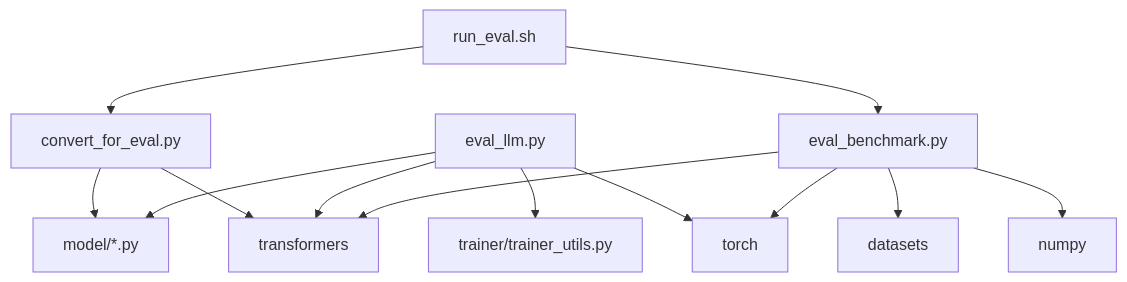
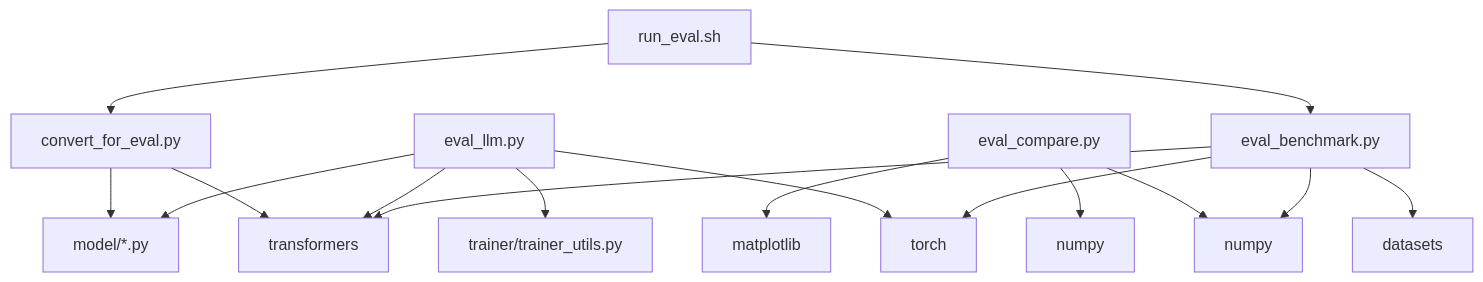
Before and after one commit to shiyukonghui/minimind: the eighth of 8 diagrams in .qoder/repowiki/zh/content/实验与评估/性能评估.md, drawn with Mermaid. The commit also changed other lines of this file and 5 other files, not shown here.

````diff
--- a/.qoder/repowiki/zh/content/实验与评估/性能评估.md
+++ b/.qoder/repowiki/zh/content/实验与评估/性能评估.md
@@ -348,15 +428,18 @@
 ```mermaid
 graph TB
 EB["eval_benchmark.py"] --> TR["transformers"]
 EB --> DS["datasets"]
 EB --> PT["torch"]
 EB --> NP["numpy"]
 EL["eval_llm.py"] --> TR
 EL --> PT
 EL --> MD["model/*.py"]
 EL --> TU["trainer/trainer_utils.py"]
+EC["eval_compare.py"] --> MAT["matplotlib"]
+EC --> NP
+EC --> NPY["numpy"]
 CF["convert_for_eval.py"] --> TR
 CF --> MD
 RE["run_eval.sh"] --> CF
 RE --> EB
 ```
````
